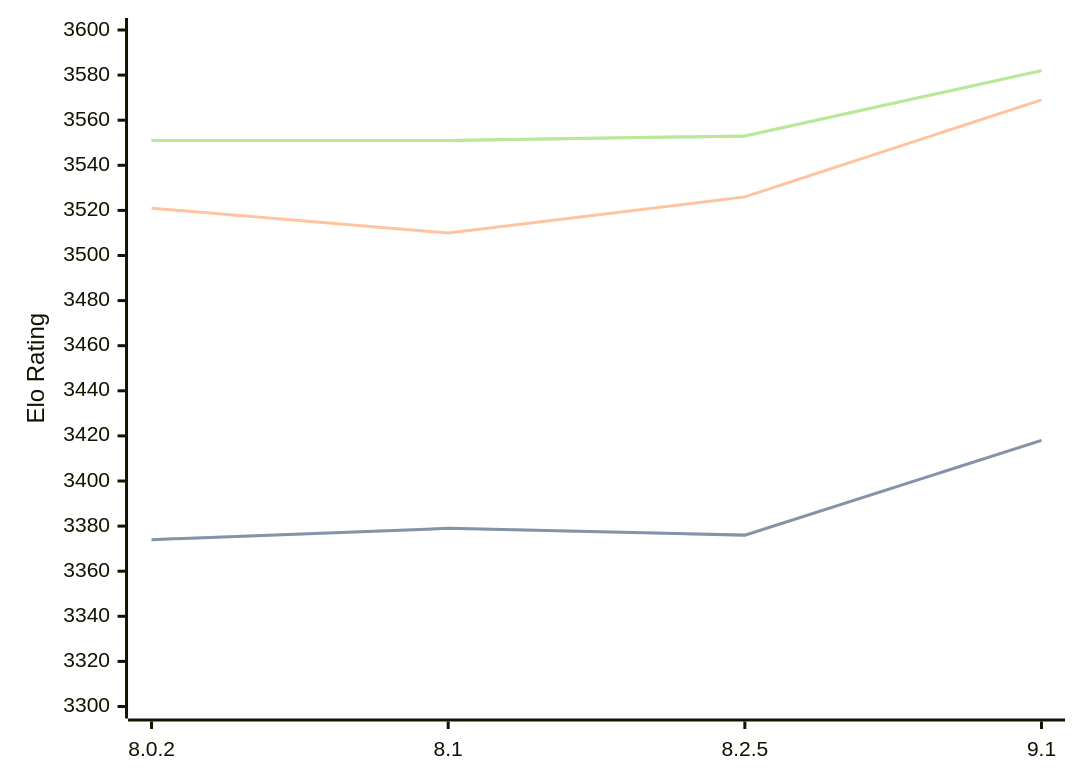
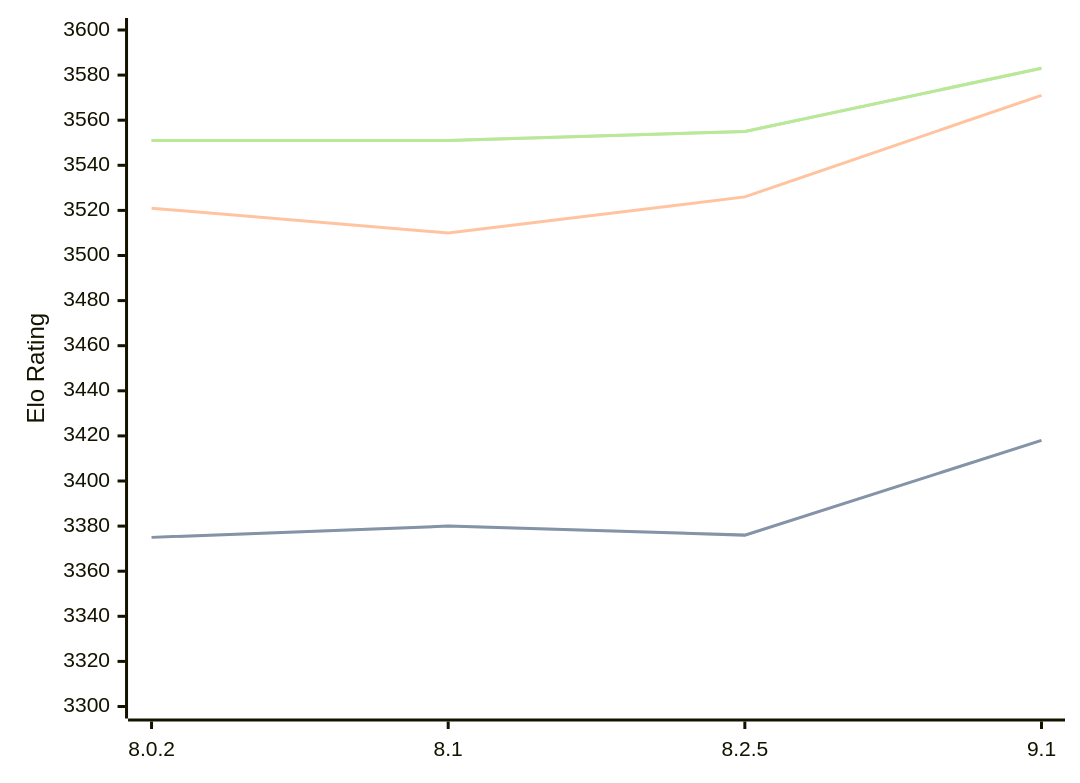
One commit to computer-chess-index/cci changed the diagram in engines/Clover.md. Above: the diagram before and after it, drawn with Mermaid. The commit also changed other lines of this file, not shown here.

Commit message:
Update CCI Ratings (ELO VLTC) - 2026-04-22

````diff
--- a/engines/Clover.md
+++ b/engines/Clover.md
@@ -64,11 +64,11 @@
 ```mermaid
 %%{init: {"theme":"base","themeVariables":{"seriesColors:['#a3a3a3','#222221','#faa371']}}}%%
 xychart-beta
   x-axis ["8.0.2", "8.1", "8.2.5", "9.1"]
   y-axis "Elo Rating" 3300 --> 3600
-  line "STC (8.0+0.08s)" [3374, 3379, 3376, 3418]
-  line "STC (8.0+0.08s)" [3374, 3379, 3376, 3418]
-  line "LTC (60.0+0.60s)" [3521, 3510, 3526, 3569]
-  line "VLTC (2m24s+1.12s)" [3551, 3551, 3553, 3582]
-  line "VLTC (2m24s+1.12s)" [3551, 3551, 3553, 3582]
+  line "STC (8.0+0.08s)" [3375, 3380, 3376, 3418]
+  line "STC (8.0+0.08s)" [3375, 3380, 3376, 3418]
+  line "LTC (60.0+0.60s)" [3521, 3510, 3526, 3571]
+  line "VLTC (2m24s+1.12s)" [3551, 3551, 3555, 3583]
+  line "VLTC (2m24s+1.12s)" [3551, 3551, 3555, 3583]
 ```
````
